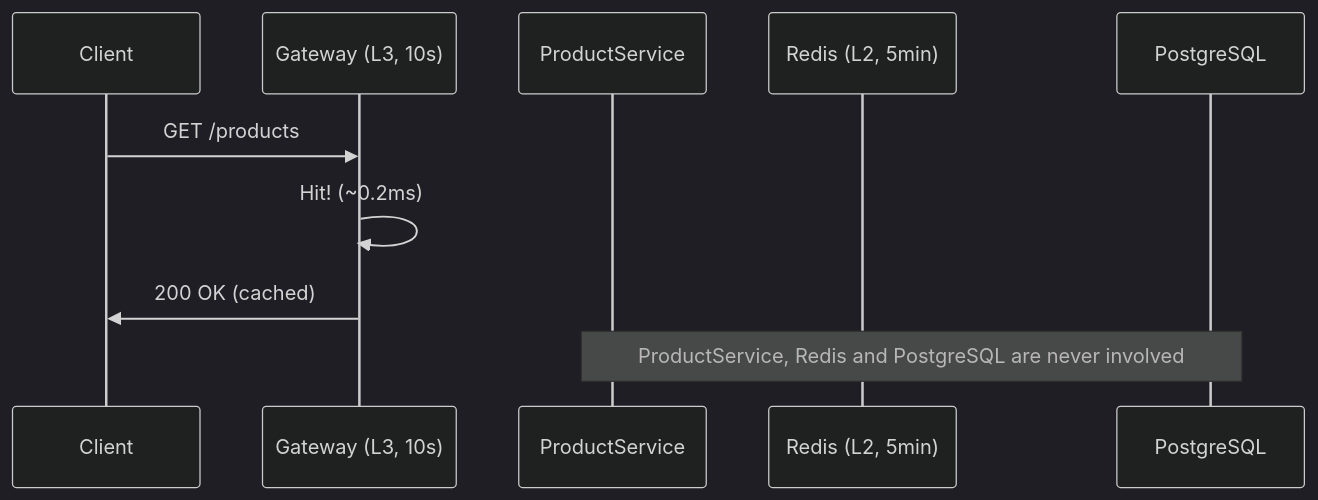
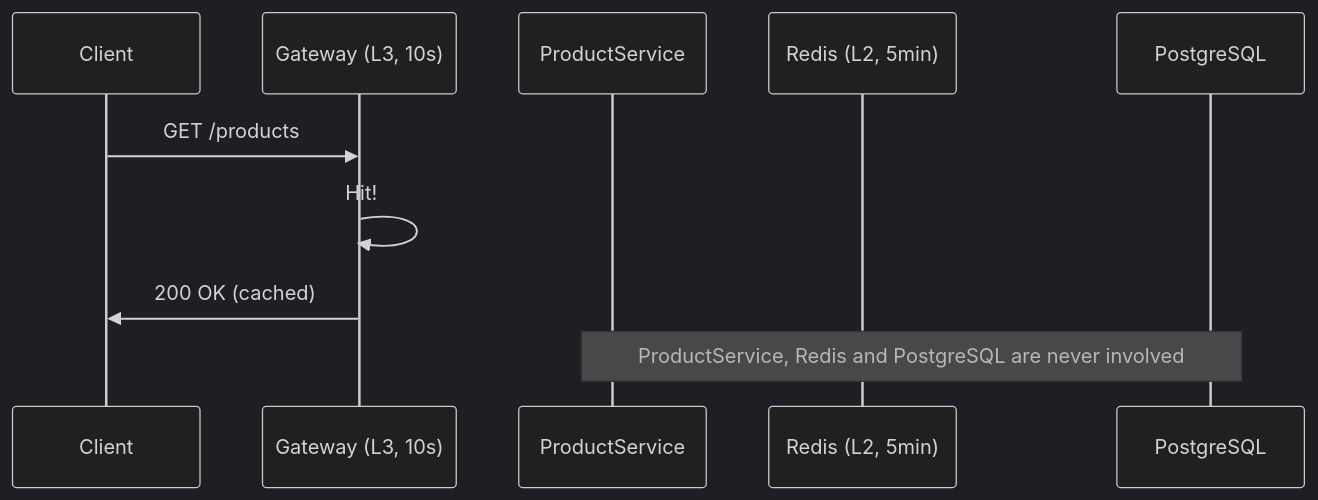
Before and after one commit to RuneKrogh/system-integration-caching: the second of 5 diagrams in docs/cache-flow.md, drawn with Mermaid (dark theme). The commit also changed other lines of this file, not shown here.

Commit message:
docs: remove latency estimates from cache flow diagrams.

````diff
--- a/docs/cache-flow.md
+++ b/docs/cache-flow.md
@@ -40,14 +40,14 @@
 ```mermaid
 sequenceDiagram
     participant C as Client
     participant G as Gateway (L3, 10s)
     participant P as ProductService
     participant R as Redis (L2, 5min)
     participant DB as PostgreSQL
 
     C->>G: GET /products
-    G->>G: Hit! (~0.2ms)
+    G->>G: Hit!
     G->>C: 200 OK (cached)
 
     note over P,DB: ProductService, Redis and PostgreSQL are never involved
 ```
````
